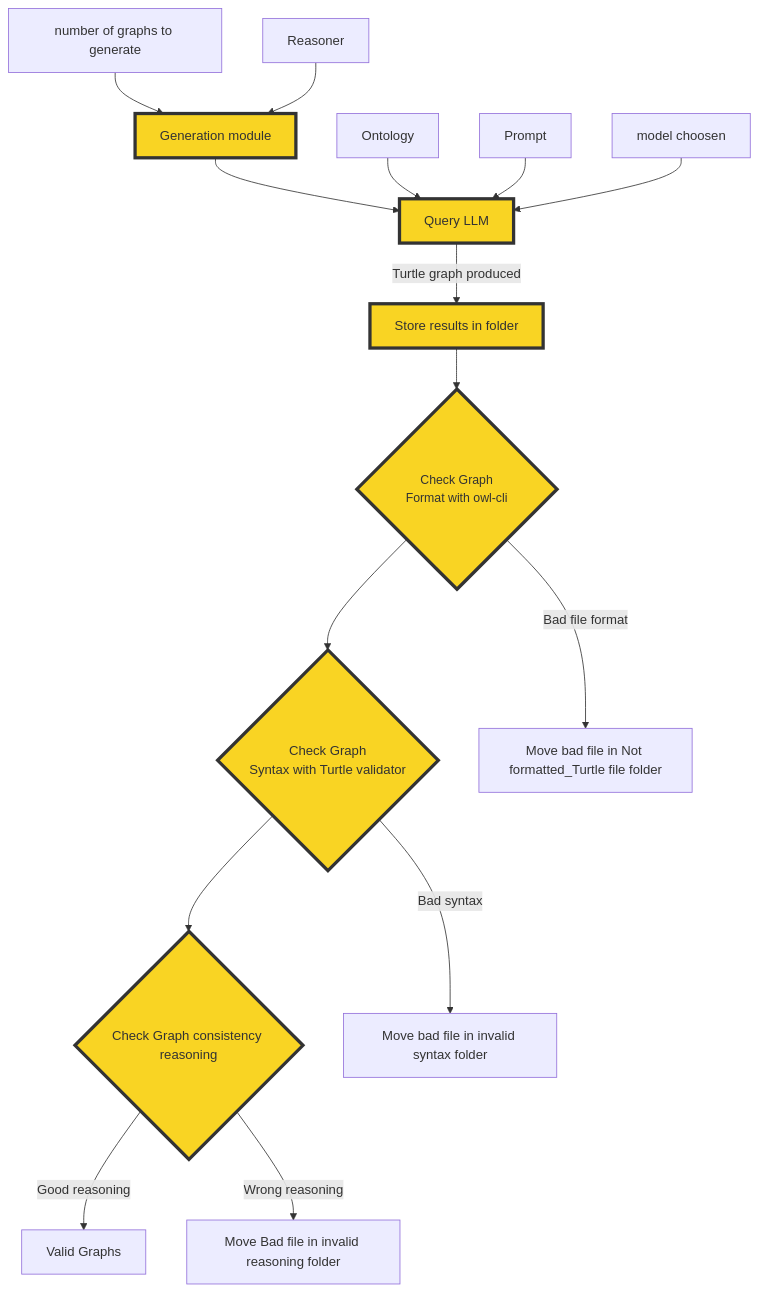
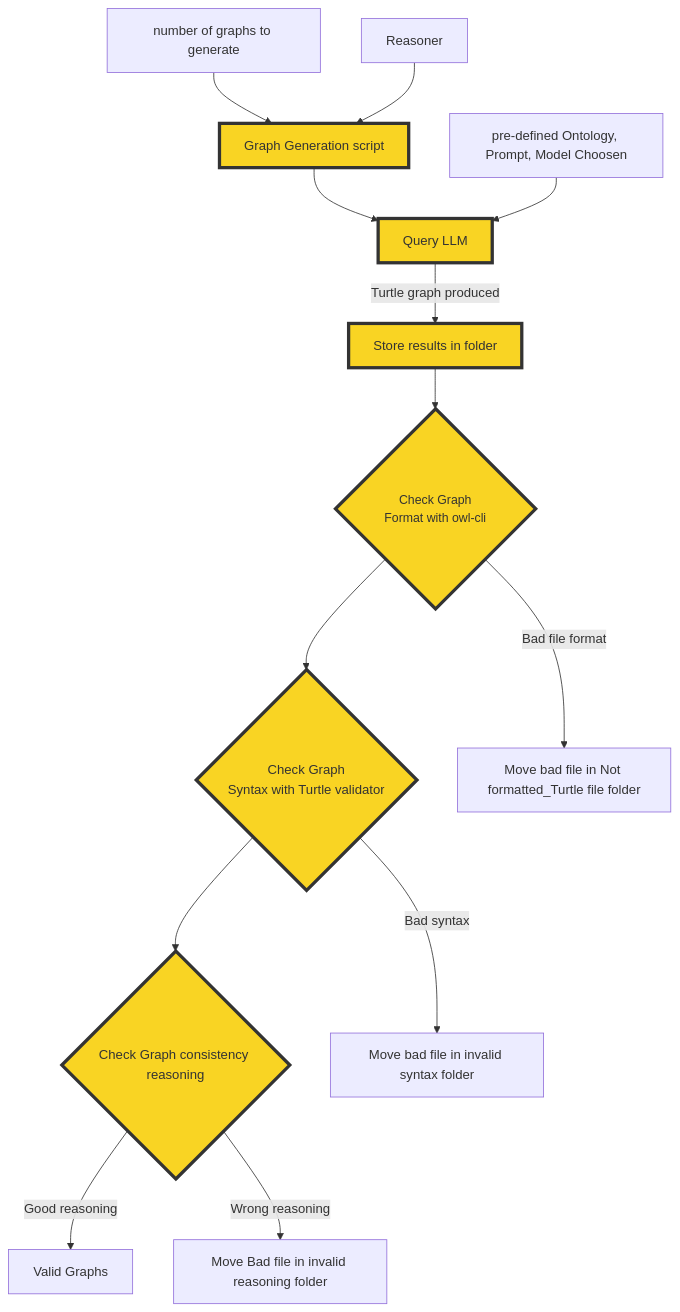
Before and after one commit to Orange-OpenSource/Ontology2Graph: the diagram in docs/modules/generate_ttl.md, drawn with Mermaid. The commit also changed 2 other files, not shown here.

Commit message:
typo & cosmetics changes in docs

````diff
--- a/docs/modules/generate_ttl.md
+++ b/docs/modules/generate_ttl.md
@@ -38,30 +38,28 @@
 ```mermaid
 graph TD
-    AA[Generation module]:::highlight
+    AA[Graph Generation script]:::highlight
     AA --> D
 
-    B[Ontology] --> D
-    A[Prompt] --> D[Query LLM]:::highlight
-    C[model choosen] --> D
+    B[pre-defined Ontology, Prompt, Model Choosen] --> D[Query LLM]:::highlight
     CC[number of graphs to generate] --> AA
     AAA[Reasoner] --> AA
 
     D -->|Turtle graph produced| DD[ Store results in folder ]:::highlight
 
     DD --> E{Check Graph 
     Format with owl-cli}:::highlight
 
     E --> F{Check Graph 
     Syntax with Turtle validator}:::highlight
     E --> |Bad file format|G[Move bad file in Not formatted_Turtle file folder]
 
     F --> H{Check Graph consistency reasoning}:::highlight
     F --> |Bad syntax|I[Move bad file in invalid syntax folder]
 
     H --> |Good reasoning|K[Valid Graphs]
     H --> |Wrong reasoning|J[Move Bad file in invalid reasoning folder]
     
     classDef smallNode font-size:15px,padding:1px;
     class E smallNode;
     classDef highlight fill:#f9d423,stroke:#333,stroke-width:4px;
 ```
````
